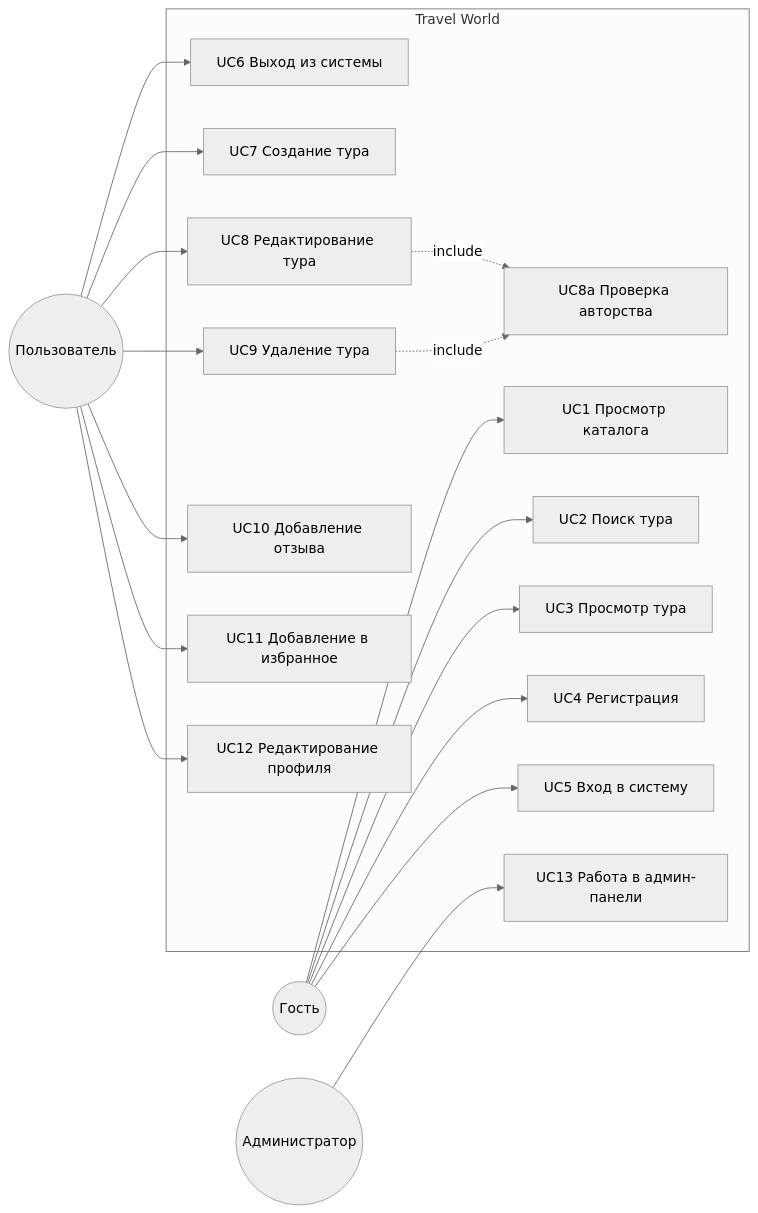
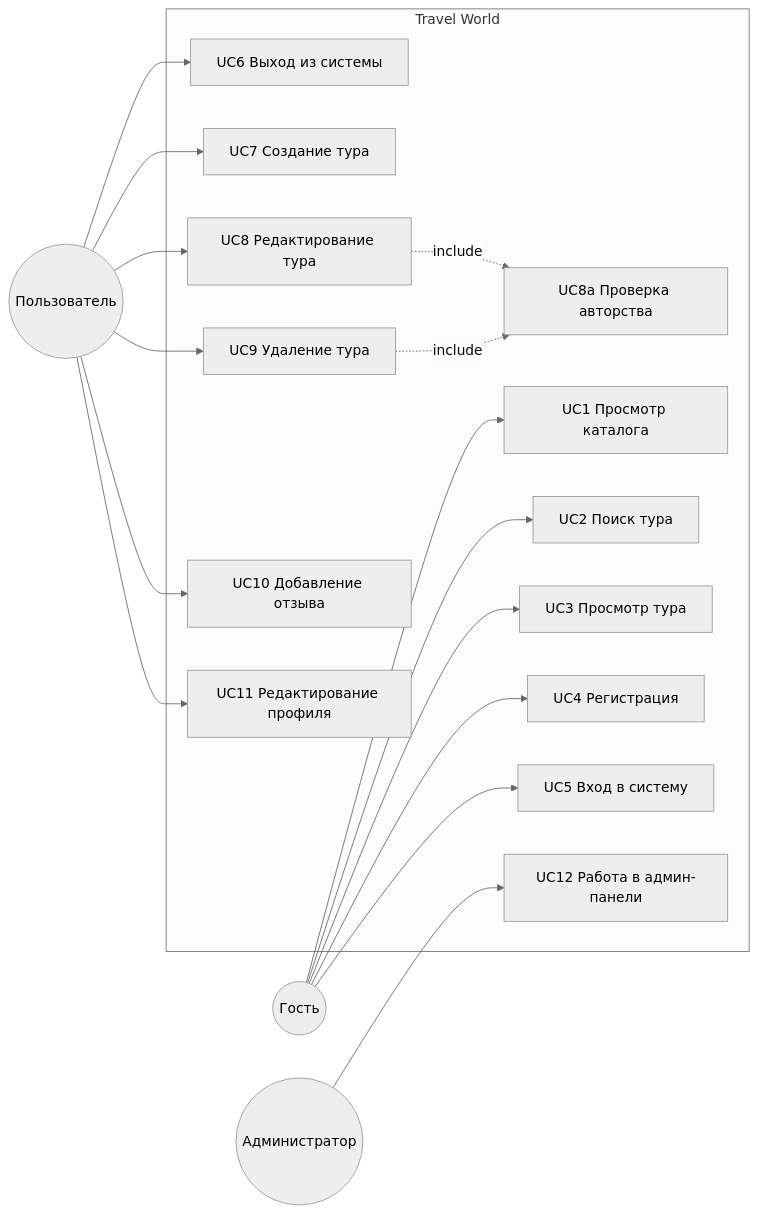
One commit to Seihposwag/sofa-travel-app changed the diagram in docs/05-usecase-diagrams/usecase-diagram.md. Above: the diagram before and after it, drawn with Mermaid (neutral theme). The commit also changed other lines of this file and 36 other files, not shown here.

````diff
--- a/docs/05-usecase-diagrams/usecase-diagram.md
+++ b/docs/05-usecase-diagrams/usecase-diagram.md
@@ -9,42 +9,40 @@
 ```mermaid
 flowchart LR
     G(("Гость"))
     U(("Пользователь"))
     A(("Администратор"))
 
     subgraph SYS["Travel World"]
         UC1["UC1 Просмотр каталога"]
         UC2["UC2 Поиск тура"]
         UC3["UC3 Просмотр тура"]
         UC4["UC4 Регистрация"]
         UC5["UC5 Вход в систему"]
         UC6["UC6 Выход из системы"]
         UC7["UC7 Создание тура"]
         UC8["UC8 Редактирование тура"]
         UC9["UC9 Удаление тура"]
         UC10["UC10 Добавление отзыва"]
-        UC11["UC11 Добавление в избранное"]
-        UC12["UC12 Редактирование профиля"]
-        UC13["UC13 Работа в админ-панели"]
+        UC11["UC11 Редактирование профиля"]
+        UC12["UC12 Работа в админ-панели"]
         UC8a["UC8a Проверка авторства"]
     end
 
     G --> UC1
     G --> UC2
     G --> UC3
     G --> UC4
     G --> UC5
 
     U --> UC6
     U --> UC7
     U --> UC8
     U --> UC9
     U --> UC10
     U --> UC11
-    U --> UC12
 
-    A --> UC13
+    A --> UC12
 
     UC8 -. include .-> UC8a
     UC9 -. include .-> UC8a
 ```
````
